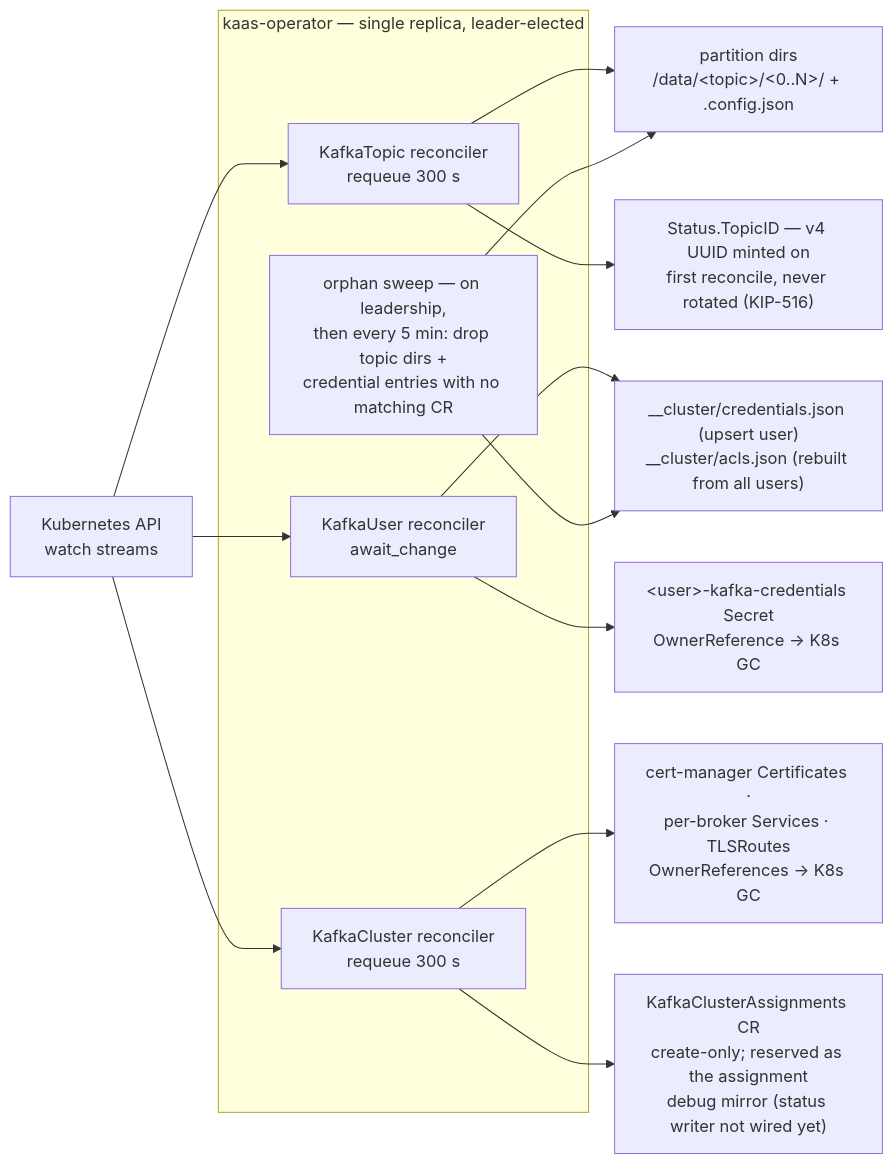
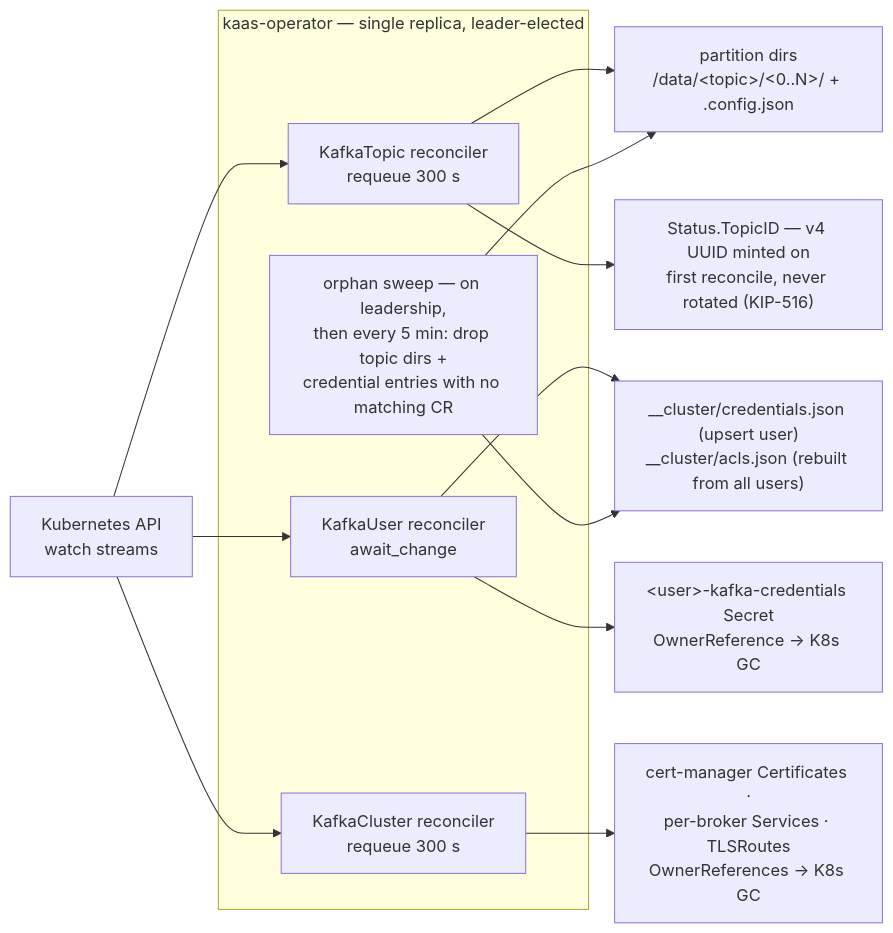
The diagram in docs/src/architecture/kubernetes.md (kaas-rs/kaas), drawn with Mermaid before and after one commit. The commit also changed other lines of this file and 32 other files, not shown here.

First line of the commit message:
feat(operator)!: remove the never-wired KafkaClusterAssignments CRD (gh #191, gh #262)

````diff
--- a/docs/src/architecture/kubernetes.md
+++ b/docs/src/architecture/kubernetes.md
@@ -66,24 +65,23 @@
 ```mermaid
 flowchart LR
     api["Kubernetes API<br/>watch streams"]
 
     subgraph operator["kaas-operator — single replica, leader-elected"]
         rt["KafkaTopic reconciler<br/>requeue 300 s"]
         ru["KafkaUser reconciler<br/>await_change"]
         rc["KafkaCluster reconciler<br/>requeue 300 s"]
         sweep["orphan sweep — on leadership,<br/>then every 5 min: drop topic dirs +<br/>credential entries with no matching CR"]
     end
 
     api --> rt
     api --> ru
     api --> rc
 
     rt --> dirs["partition dirs<br/>/data/&lt;topic&gt;/&lt;0..N&gt;/ + .config.json"]
     rt --> tstat["Status.TopicID — v4 UUID minted on<br/>first reconcile, never rotated (KIP-516)"]
     ru --> creds["__cluster/credentials.json (upsert user)<br/>__cluster/acls.json (rebuilt from all users)"]
     ru --> secret["&lt;user&gt;-kafka-credentials Secret<br/>OwnerReference → K8s GC"]
     rc --> plumbing["cert-manager Certificates ·<br/>per-broker Services · TLSRoutes<br/>OwnerReferences → K8s GC"]
-    rc --> kca["KafkaClusterAssignments CR<br/>create-only; reserved as the assignment<br/>debug mirror (status writer not wired yet)"]
     sweep --> dirs
     sweep --> creds
 ```
````
